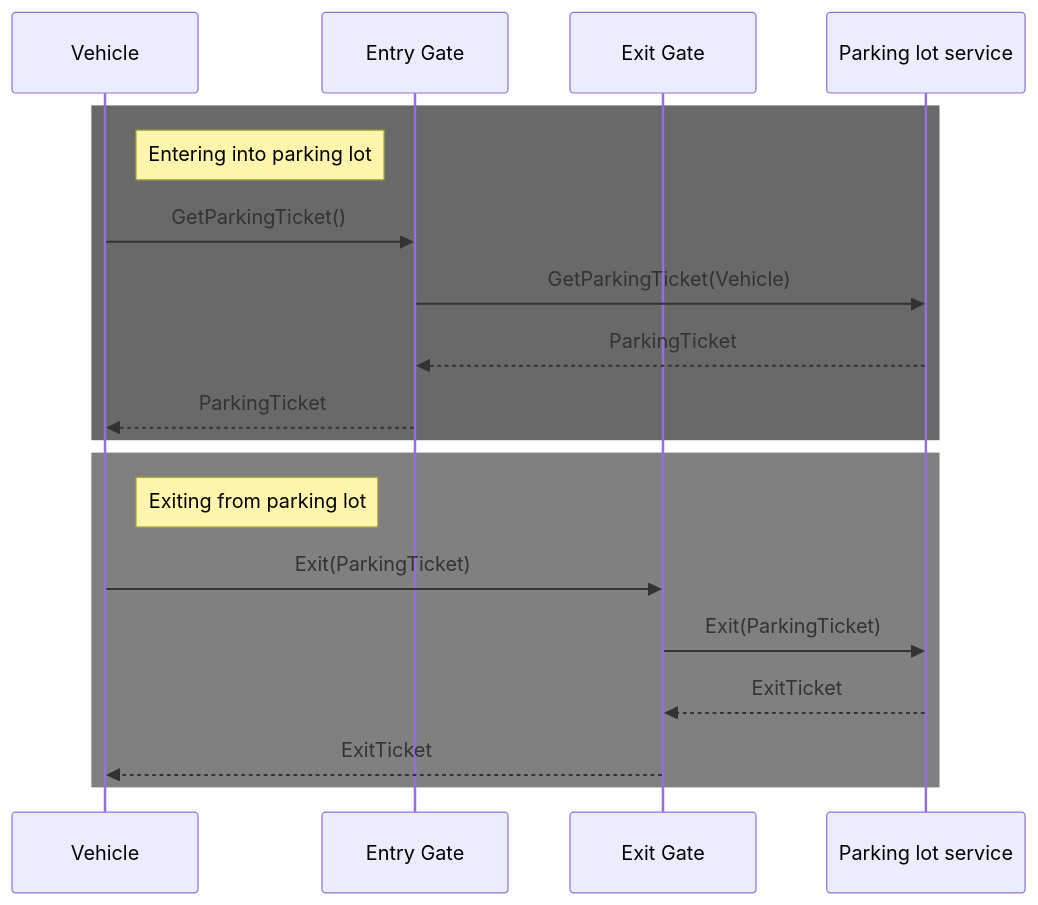
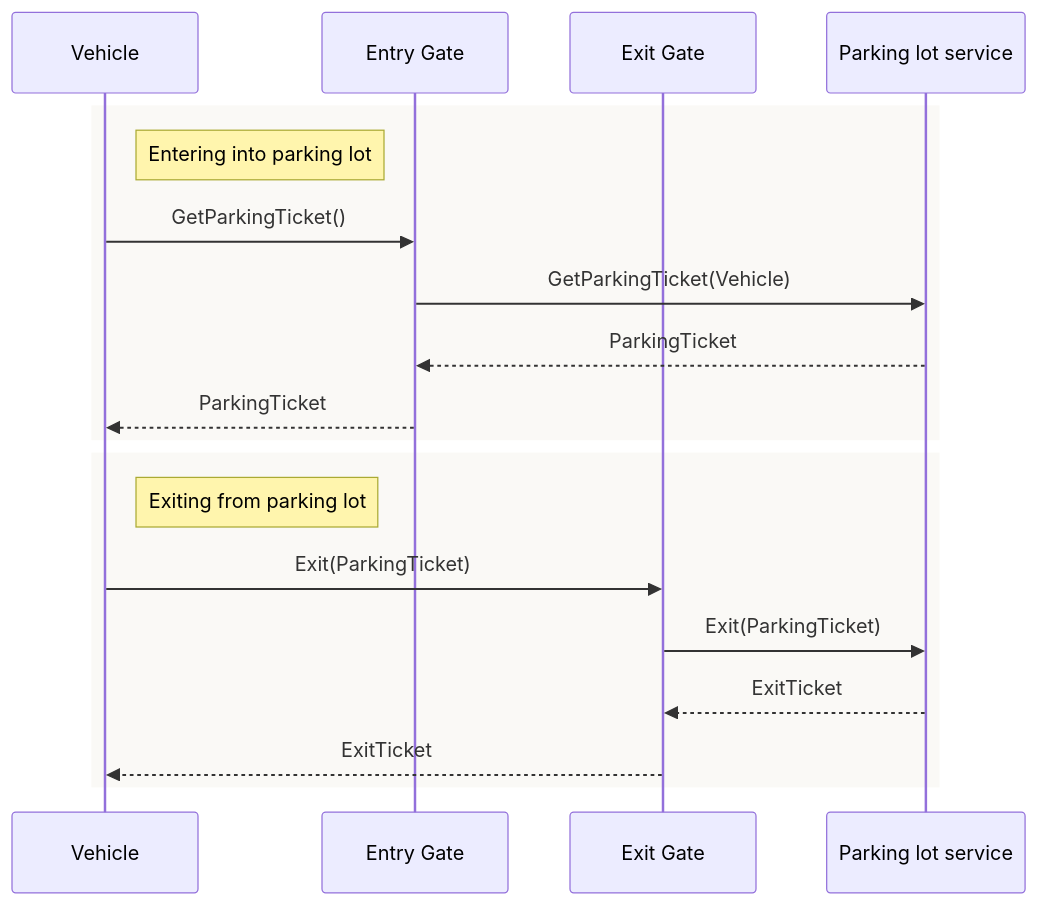
Before and after one commit to ajay05meena/sysdesign: the diagram in parkinglot/README.md, drawn with Mermaid.

Commit message:
Color scheme changed for cfd

````diff
--- a/parkinglot/README.md
+++ b/parkinglot/README.md
@@ -11,22 +11,22 @@
 ```mermaid
 sequenceDiagram
 participant car as Vehicle
 participant entry as Entry Gate
 participant exit as Exit Gate
 participant app as Parking lot service
 
-rect rgb(105,105,105)
+rect rgb(250, 249, 246)
 note right of car : Entering into parking lot
 car ->> entry : GetParkingTicket()
 entry ->> app : GetParkingTicket(Vehicle)
 app -->> entry : ParkingTicket
 entry -->> car : ParkingTicket
 end
-rect rgb(128,128,128)
+rect rgb(250, 249, 246)
 note right of car : Exiting from parking lot
 car ->> exit : Exit(ParkingTicket)
 exit ->> app : Exit(ParkingTicket)
 app -->> exit : ExitTicket
 exit -->> car : ExitTicket
 end
 ```
````
